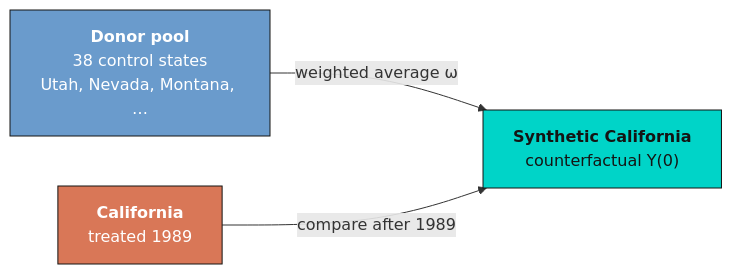
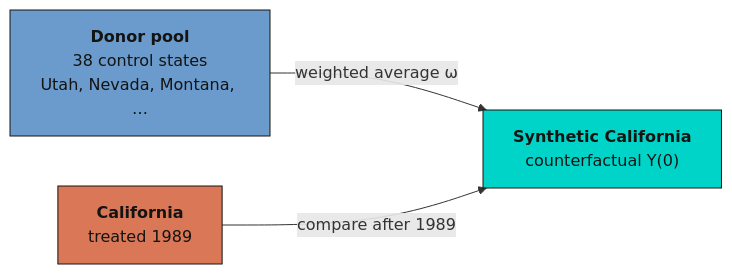
One commit to cmg777/starter-academic-v501 changed the first of 3 diagrams in content/post/stata_sdid/index.md. Above: the diagram before and after it, drawn with Mermaid. The commit also changed other lines of this file and 67 other files, not shown here.

First line of the commit message:
fix(mermaid): readable diagram text in both themes across the site

````diff
--- a/content/post/stata_sdid/index.md
+++ b/content/post/stata_sdid/index.md
@@ -159,11 +159,11 @@
 ```mermaid
 graph LR
     POOL["<b>Donor pool</b><br/>38 control states<br/>Utah, Nevada, Montana, …"]
     CA["<b>California</b><br/>treated 1989"]
     SYN["<b>Synthetic California</b><br/>counterfactual Y(0)"]
     POOL -->|weighted average ω| SYN
     CA -->|compare after 1989| SYN
-    style POOL fill:#6a9bcc,stroke:#141413,color:#fff
-    style CA fill:#d97757,stroke:#141413,color:#fff
+    style POOL fill:#6a9bcc,stroke:#141413,color:#141413
+    style CA fill:#d97757,stroke:#141413,color:#141413
     style SYN fill:#00d4c8,stroke:#141413,color:#141413
 ```
````
